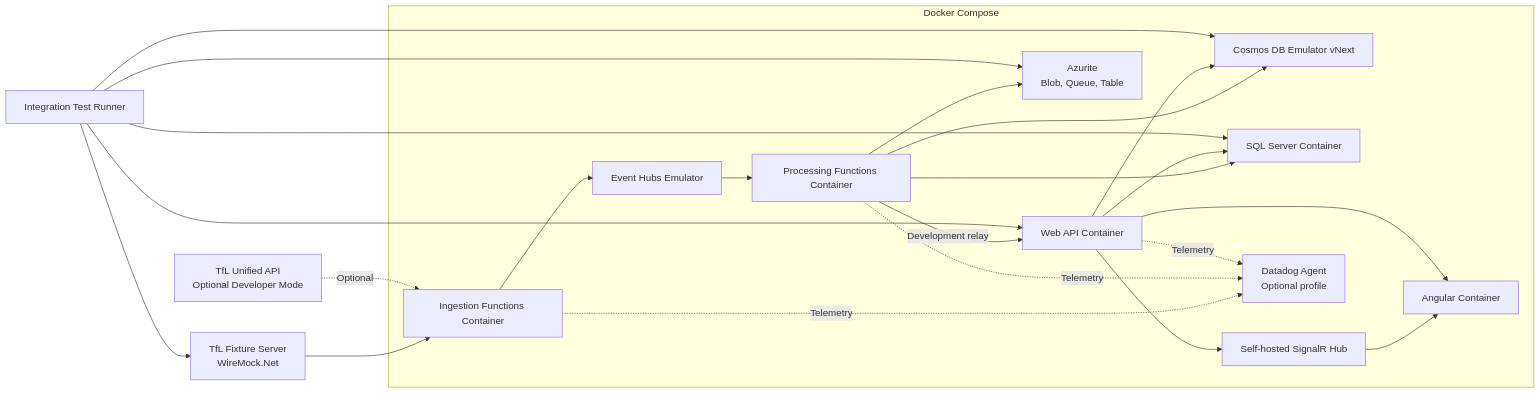
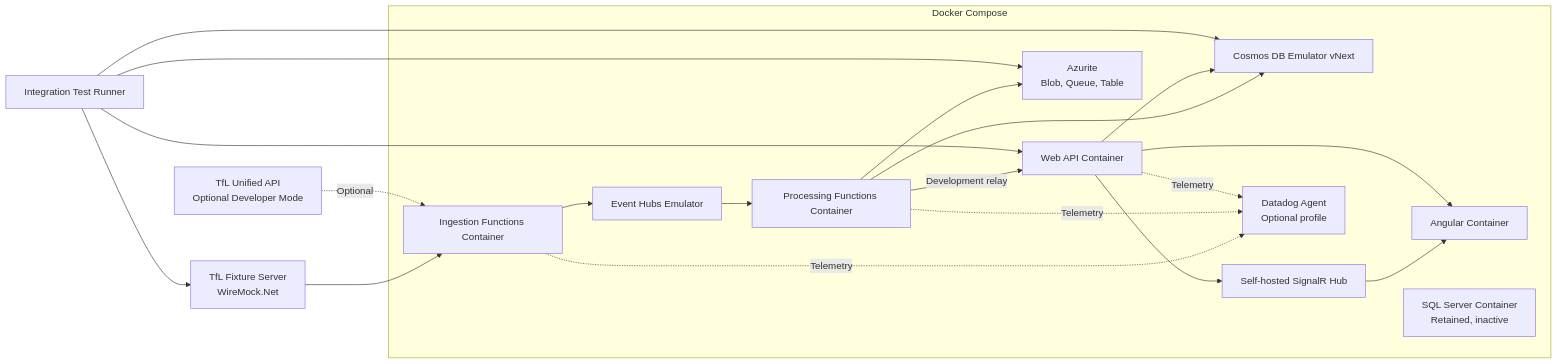
One commit to sses79/tfl-analytics changed the second of 2 diagrams in Plan.md. Above: the diagram before and after it, drawn with Mermaid. The commit also changed other lines of this file and 25 other files, not shown here.

````diff
--- a/Plan.md
+++ b/Plan.md
@@ -178,43 +181,40 @@
 ```mermaid
 flowchart LR
     FIXTURE[TfL Fixture Server<br/>WireMock.Net]
     LIVE[TfL Unified API<br/>Optional Developer Mode]
 
     subgraph Docker_Compose[Docker Compose]
         INGEST[Ingestion Functions Container]
         PROCESS[Processing Functions Container]
         API_LOCAL[Web API Container]
         WEB[Angular Container]
 
         EH_LOCAL[Event Hubs Emulator]
         AZURITE[Azurite<br/>Blob, Queue, Table]
         COSMOS_LOCAL[Cosmos DB Emulator vNext]
-        SQL_LOCAL[SQL Server Container]
+        SQL_LOCAL[SQL Server Container<br/>Retained, inactive]
         SIGNALR_LOCAL[Self-hosted SignalR Hub]
         DD[Datadog Agent<br/>Optional profile]
     end
 
     TESTS[Integration Test Runner]
 
     FIXTURE --> INGEST
     LIVE -. Optional .-> INGEST
     INGEST --> EH_LOCAL
     EH_LOCAL --> PROCESS
     PROCESS --> AZURITE
     PROCESS --> COSMOS_LOCAL
-    PROCESS --> SQL_LOCAL
     PROCESS -- Development relay --> API_LOCAL
     API_LOCAL --> COSMOS_LOCAL
-    API_LOCAL --> SQL_LOCAL
     API_LOCAL --> SIGNALR_LOCAL
     SIGNALR_LOCAL --> WEB
     API_LOCAL --> WEB
     INGEST -. Telemetry .-> DD
     PROCESS -. Telemetry .-> DD
     API_LOCAL -. Telemetry .-> DD
     TESTS --> FIXTURE
     TESTS --> API_LOCAL
     TESTS --> AZURITE
     TESTS --> COSMOS_LOCAL
-    TESTS --> SQL_LOCAL
 ```
````
